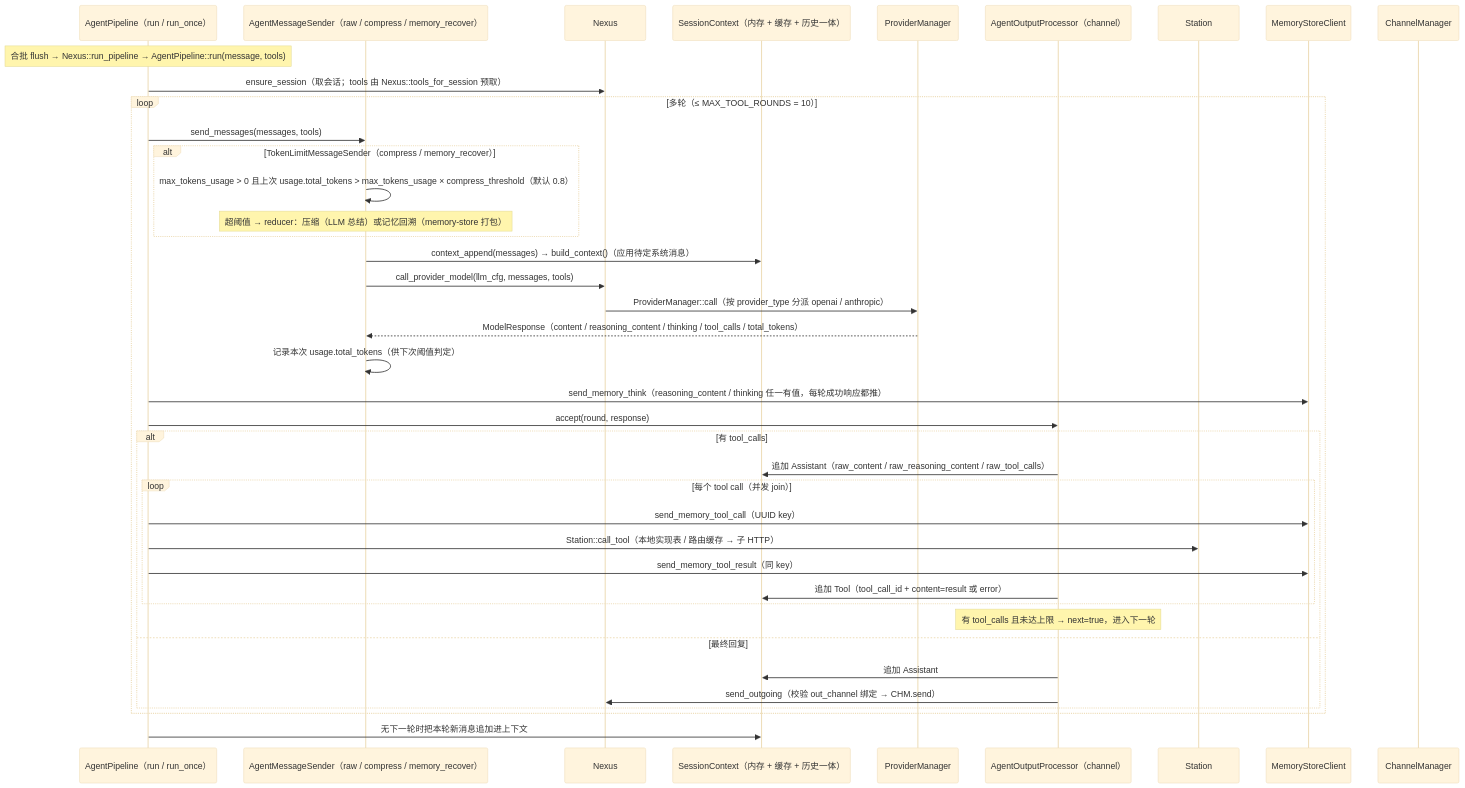
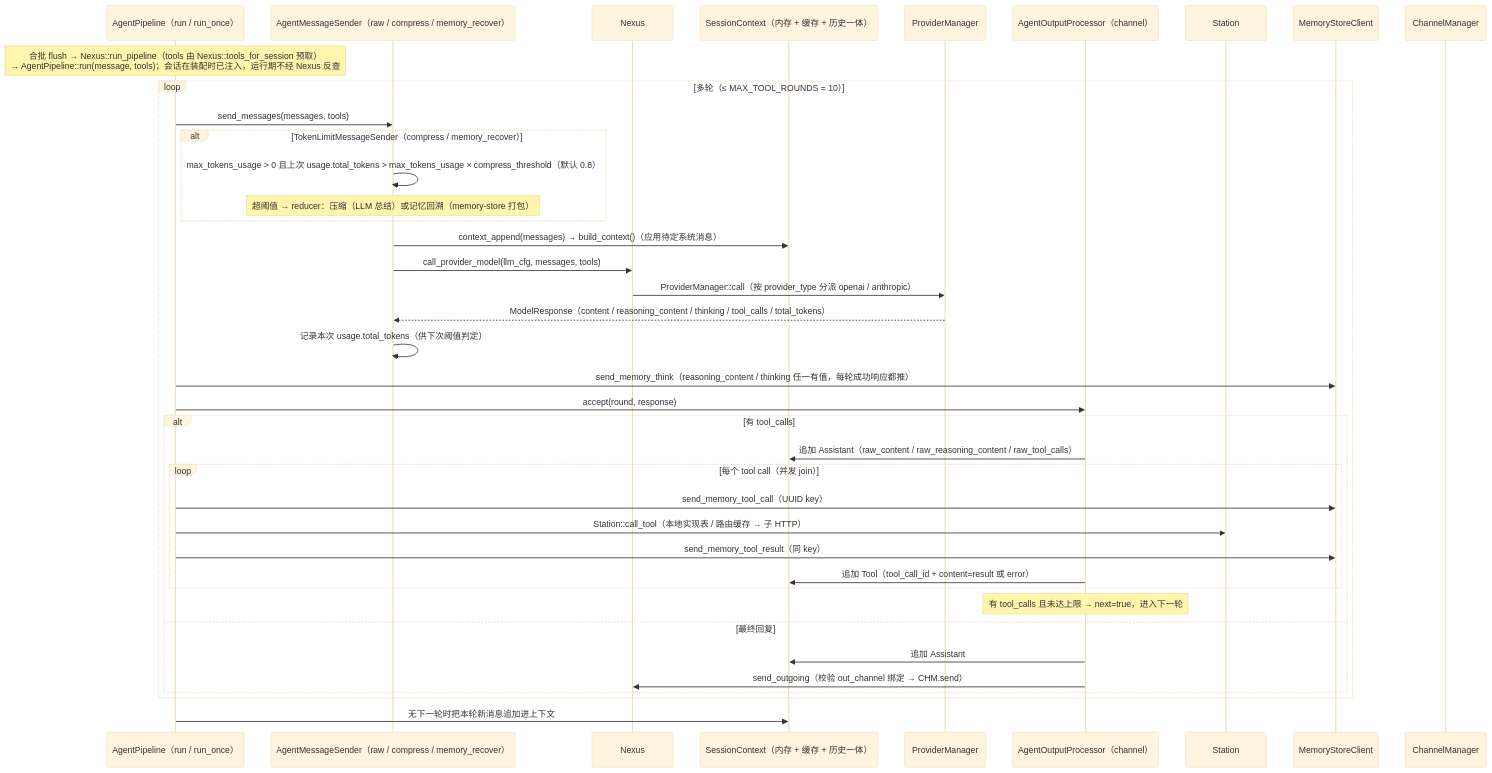
The fourth of 5 diagrams in docs/spec/agent-modules.md (coldcloude/kissbot), drawn with Mermaid (base theme) before and after one commit. The commit also changed other lines of this file and 4 other files, not shown here.

````diff
--- a/docs/spec/agent-modules.md
+++ b/docs/spec/agent-modules.md
@@ -164,43 +164,42 @@
 ```mermaid
 sequenceDiagram
     participant PL as AgentPipeline（run / run_once）
     participant MSN as AgentMessageSender（raw / compress / memory_recover）
     participant CO as Nexus
     participant CTX as SessionContext（内存 + 缓存 + 历史一体）
     participant PRV as ProviderManager
     participant OUT as AgentOutputProcessor（channel）
     participant ST as Station
     participant MSC as MemoryStoreClient
     participant CHM as ChannelManager
 
-    Note over PL: 合批 flush → Nexus::run_pipeline → AgentPipeline::run(message, tools)
-    PL->>CO: ensure_session（取会话；tools 由 Nexus::tools_for_session 预取）
+    Note over PL: 合批 flush → Nexus::run_pipeline（tools 由 Nexus::tools_for_session 预取）<br/>→ AgentPipeline::run(message, tools)；会话在装配时已注入，运行期不经 Nexus 反查
     loop 多轮（≤ MAX_TOOL_ROUNDS = 10）
         PL->>MSN: send_messages(messages, tools)
         alt TokenLimitMessageSender（compress / memory_recover）
             MSN->>MSN: max_tokens_usage > 0 且上次 usage.total_tokens > max_tokens_usage × compress_threshold（默认 0.8）
             Note over MSN: 超阈值 → reducer：压缩（LLM 总结）或记忆回溯（memory-store 打包）
         end
         MSN->>CTX: context_append(messages) → build_context()（应用待定系统消息）
         MSN->>CO: call_provider_model(llm_cfg, messages, tools)
         CO->>PRV: ProviderManager::call（按 provider_type 分派 openai / anthropic）
         PRV-->>MSN: ModelResponse（content / reasoning_content / thinking / tool_calls / total_tokens）
         MSN->>MSN: 记录本次 usage.total_tokens（供下次阈值判定）
         PL->>MSC: send_memory_think（reasoning_content / thinking 任一有值，每轮成功响应都推）
         PL->>OUT: accept(round, response)
         alt 有 tool_calls
             OUT->>CTX: 追加 Assistant（raw_content / raw_reasoning_content / raw_tool_calls）
             loop 每个 tool call（并发 join）
                 PL->>MSC: send_memory_tool_call（UUID key）
                 PL->>ST: Station::call_tool（本地实现表 / 路由缓存 → 子 HTTP）
                 PL->>MSC: send_memory_tool_result（同 key）
                 OUT->>CTX: 追加 Tool（tool_call_id + content=result 或 error）
             end
             Note over OUT: 有 tool_calls 且未达上限 → next=true，进入下一轮
         else 最终回复
             OUT->>CTX: 追加 Assistant
             OUT->>CO: send_outgoing（校验 out_channel 绑定 → CHM.send）
         end
     end
     PL->>CTX: 无下一轮时把本轮新消息追加进上下文
 ```
````
